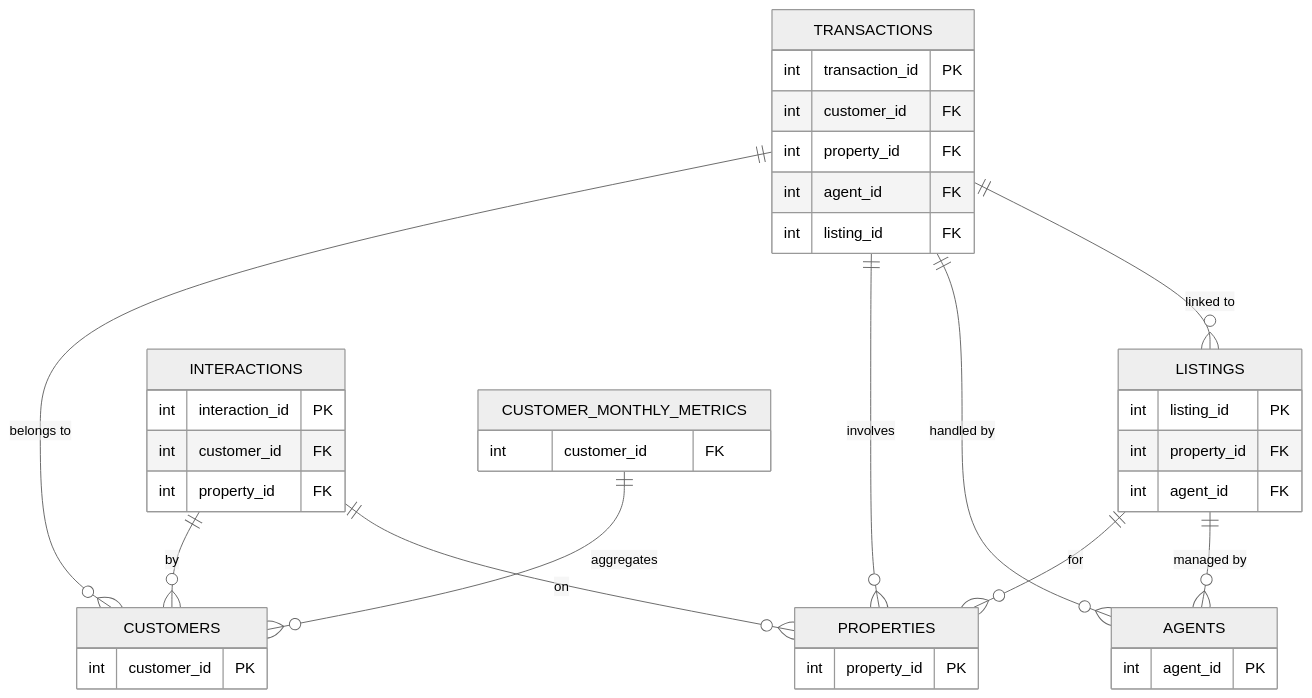
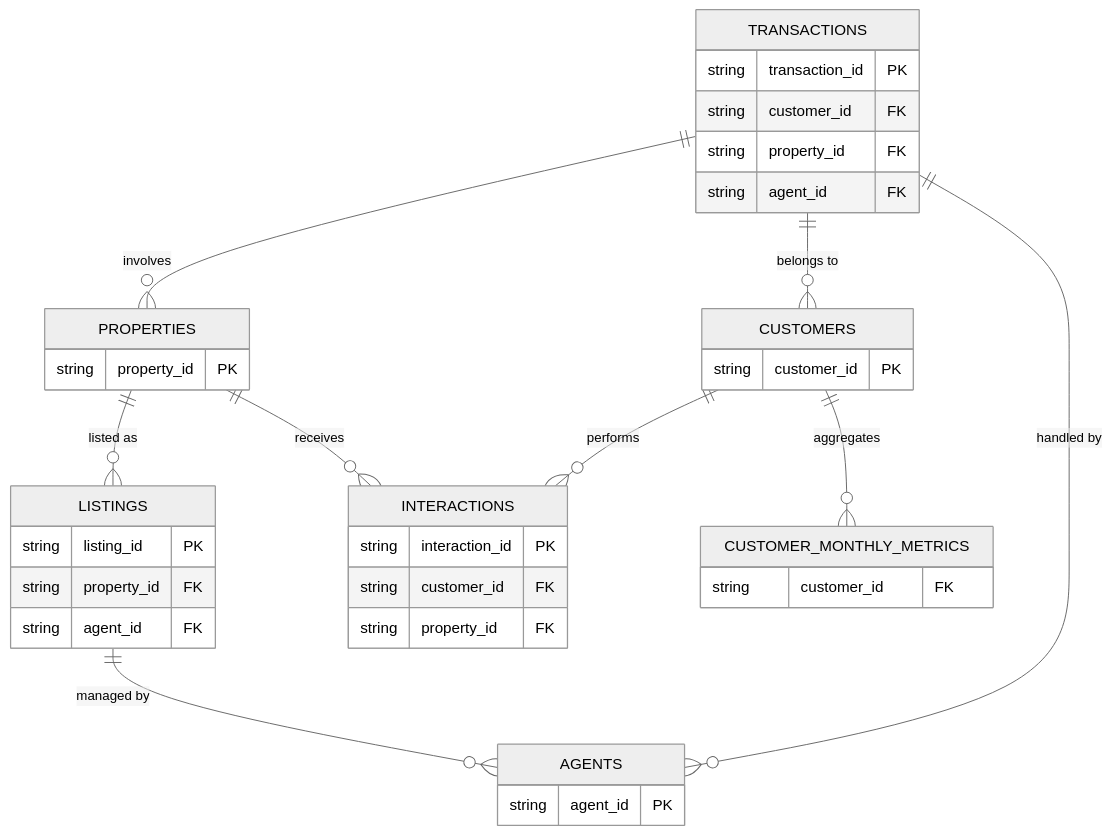
The diagram in README.md (viveksadhucodes/realestate-lakehouse-project), drawn with Mermaid (neutral theme) before and after one commit.

````diff
--- a/README.md
+++ b/README.md
@@ -204,52 +204,50 @@
 ```mermaid
 erDiagram
 
     TRANSACTIONS {
-        int transaction_id PK
-        int customer_id FK
-        int property_id FK
-        int agent_id FK
-        int listing_id FK
+        string transaction_id PK
+        string customer_id FK
+        string property_id FK
+        string agent_id FK
     }
 
     CUSTOMERS {
-        int customer_id PK
+        string customer_id PK
     }
 
     PROPERTIES {
-        int property_id PK
+        string property_id PK
     }
 
     LISTINGS {
-        int listing_id PK
-        int property_id FK
-        int agent_id FK
+        string listing_id PK
+        string property_id FK
+        string agent_id FK
     }
 
     AGENTS {
-        int agent_id PK
+        string agent_id PK
     }
 
     INTERACTIONS {
-        int interaction_id PK
-        int customer_id FK
-        int property_id FK
+        string interaction_id PK
+        string customer_id FK
+        string property_id FK
     }
 
     CUSTOMER_MONTHLY_METRICS {
-        int customer_id FK
+        string customer_id FK
     }
 
     TRANSACTIONS ||--o{ CUSTOMERS : "belongs to"
     TRANSACTIONS ||--o{ PROPERTIES : "involves"
     TRANSACTIONS ||--o{ AGENTS : "handled by"
-    TRANSACTIONS ||--o{ LISTINGS : "linked to"
 
-    LISTINGS ||--o{ PROPERTIES : "for"
+    PROPERTIES ||--o{ LISTINGS : "listed as"
     LISTINGS ||--o{ AGENTS : "managed by"
 
-    INTERACTIONS ||--o{ CUSTOMERS : "by"
-    INTERACTIONS ||--o{ PROPERTIES : "on"
+    CUSTOMERS ||--o{ INTERACTIONS : "performs"
+    PROPERTIES ||--o{ INTERACTIONS : "receives"
 
-    CUSTOMER_MONTHLY_METRICS ||--o{ CUSTOMERS : "aggregates"
+    CUSTOMERS ||--o{ CUSTOMER_MONTHLY_METRICS : "aggregates"
 ```
````
